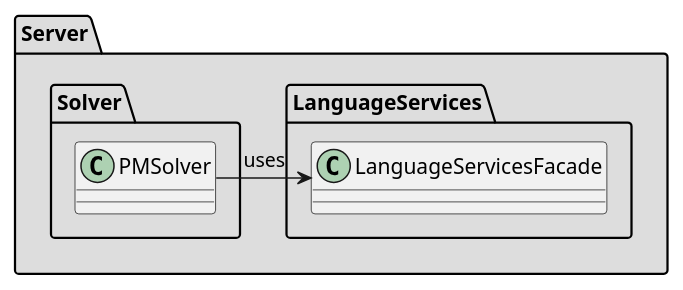
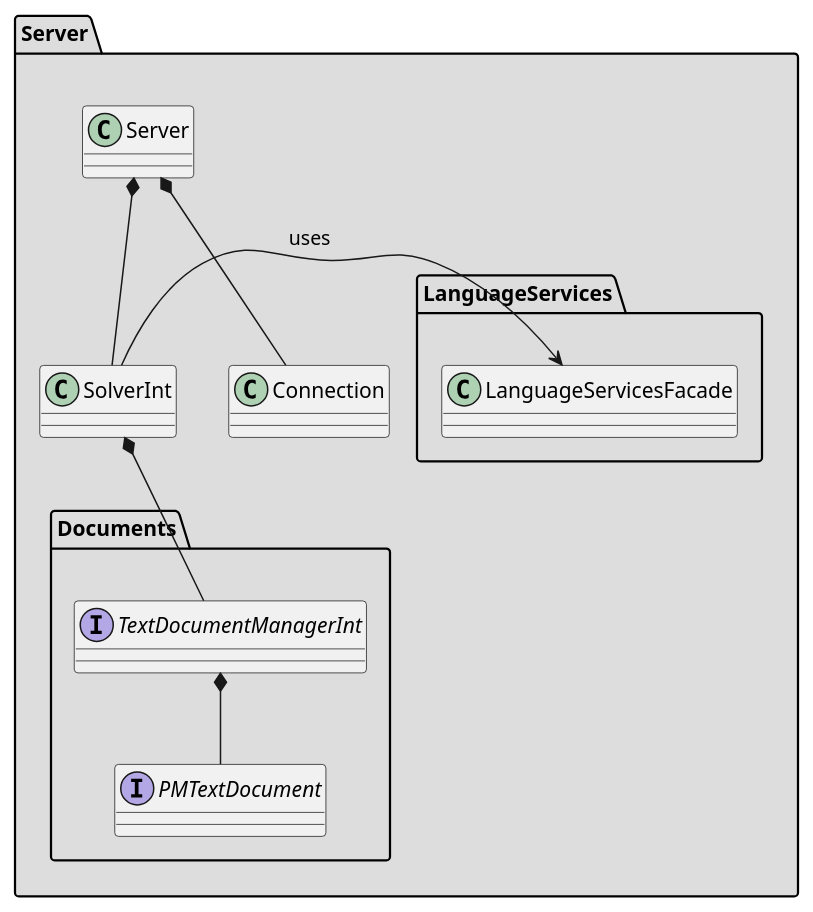
Before and after one commit to wolfj123/PolicyModelsPlugin: the diagram in plugin/diagrams/server/ServerMetaDiagram.puml, drawn with PlantUML. The commit also changed 4 other files, not shown here.

Commit message:
Diagrams

```diff
--- a/plugin/diagrams/server/ServerMetaDiagram.puml
+++ b/plugin/diagrams/server/ServerMetaDiagram.puml
@@ -1,18 +1,29 @@
 @startuml
 
 package Server #DDDDDD {
 
     package LanguageServices {
         class LanguageServicesFacade
     }
 
-    package Solver {
-        class PMSolver
+    package Documents{
+        interface PMTextDocument
+        interface TextDocumentManagerInt 
     }
 
-    PMSolver -> LanguageServicesFacade : "uses"
+    class SolverInt
+    class Connection
+    class Server
+
+    SolverInt -> LanguageServicesFacade : "uses"
+    Server *-- SolverInt
+    Server *-- Connection
+    
+
+    SolverInt *-- TextDocumentManagerInt
+    TextDocumentManagerInt *-- PMTextDocument
 }
 
 
 
 @enduml
```
